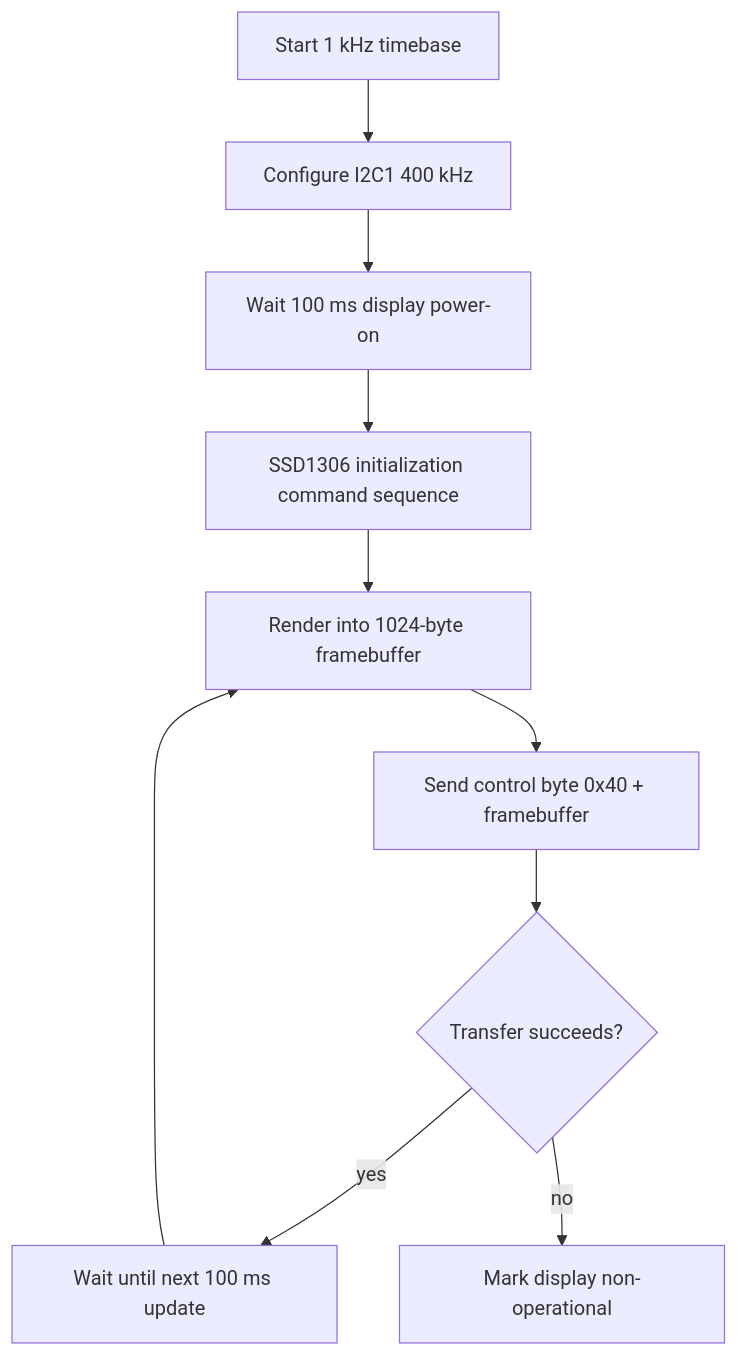
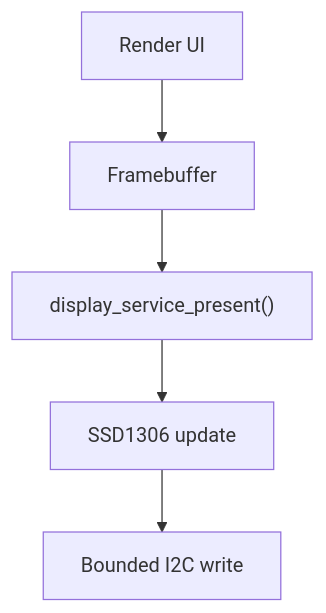
One commit to haikevins/stm32f1-spl-procedural-baremetal changed the second of 2 diagrams in 06-i2c-display/docs/architecture.md. Above: the diagram before and after it, drawn with Mermaid. The commit also changed other lines of this file and 24 other files, not shown here.

````diff
--- a/06-i2c-display/docs/architecture.md
+++ b/06-i2c-display/docs/architecture.md
@@ -70,12 +67,7 @@
 ```mermaid
-flowchart TD
-    TIME["Start 1 kHz timebase"] --> I2C["Configure I2C1 400 kHz"]
-    I2C --> DELAY["Wait 100 ms display power-on"]
-    DELAY --> INIT["SSD1306 initialization command sequence"]
-    INIT --> FB["Render into 1024-byte framebuffer"]
-    FB --> PRESENT["Send control byte 0x40 + framebuffer"]
-    PRESENT --> OK{"Transfer succeeds?"}
-    OK -- "yes" --> WAIT["Wait until next 100 ms update"]
-    WAIT --> FB
-    OK -- "no" --> STOP["Mark display non-operational"]
+flowchart TB
+    APP["Render UI"] --> FB["Framebuffer"]
+    FB --> PRESENT["display_service_present()"]
+    PRESENT --> SSD["SSD1306 update"]
+    SSD --> I2C["Bounded I2C write"]
 ```
````
